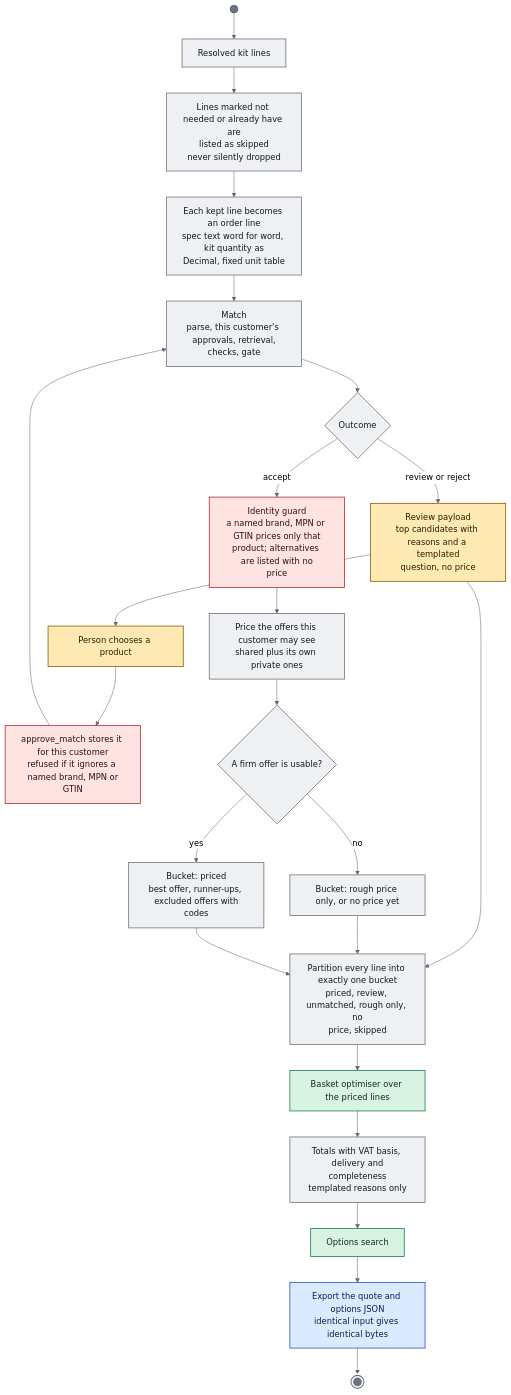
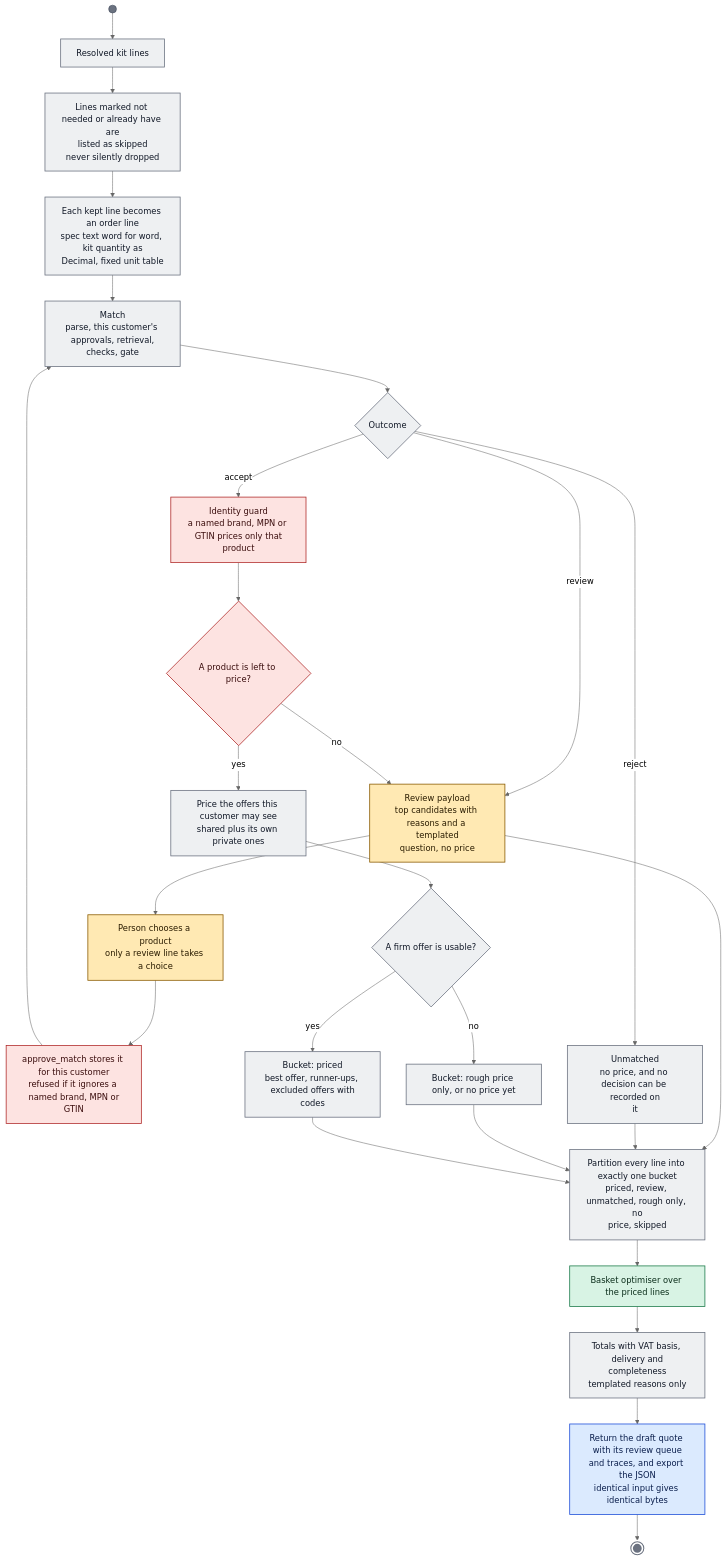
Diagram 22 of 33 in docs/architecture/activity-diagrams.md (emre-akarsu/ai-commerce-ideas), drawn with Mermaid (neutral theme) before and after one commit. The commit also changed other lines of this file, not shown here.

First line of the commit message:
docs: correct the activity diagrams after an independent fact-check of the remaining modules and optimizations

````diff
--- a/docs/architecture/activity-diagrams.md
+++ b/docs/architecture/activity-diagrams.md
@@ -811,33 +842,36 @@
 ```mermaid
 flowchart TB
 classDef human fill:#ffe9b3,stroke:#8a5a00,color:#2a1c00,stroke-width:1.5px
 classDef rule fill:#eef0f2,stroke:#6b7280,color:#111827,stroke-width:1.5px
 classDef ai fill:#e9e3ff,stroke:#5b3fc4,color:#1e1050,stroke-width:2.5px,stroke-dasharray:6 4
 classDef opt fill:#d8f3e4,stroke:#1b7a4a,color:#0b2e1b,stroke-width:1.5px
 classDef gate fill:#fde3e1,stroke:#b02b2b,color:#3a0d0d,stroke-width:1.5px
 classDef data fill:#dbeafe,stroke:#1d4ed8,color:#0b1f4d,stroke-width:1.5px
 classDef bar fill:#6b7280,stroke:#374151,color:#ffffff
 classDef fin fill:#6b7280,stroke:#ffffff,color:#ffffff,stroke-width:3px
 S((" ")):::bar --> q1["Resolved kit lines"]:::rule
 q1 --> q2["Lines marked not needed or already have are<br/>listed as skipped<br/>never silently dropped"]:::rule
 q2 --> q3["Each kept line becomes an order line<br/>spec text word for word, kit quantity as<br/>Decimal, fixed unit table"]:::rule
 q3 --> q4["Match<br/>parse, this customer's approvals, retrieval,<br/>checks, gate"]:::rule
 q4 --> d1{"Outcome"}:::rule
-d1 -->|"review or reject"| q5["Review payload<br/>top candidates with reasons and a templated<br/>question, no price"]:::human
-q5 --> q15["Person chooses a product"]:::human
+d1 -->|"review"| q5["Review payload<br/>top candidates with reasons and a templated<br/>question, no price"]:::human
+q5 --> q15["Person chooses a product<br/>only a review line takes a choice"]:::human
 q15 --> q16["approve_match stores it for this customer<br/>refused if it ignores a named brand, MPN or<br/>GTIN"]:::gate
 q16 --> q4
-d1 -->|"accept"| q6["Identity guard<br/>a named brand, MPN or GTIN prices only that<br/>product; alternatives are listed with no<br/>price"]:::gate
-q6 --> q7["Price the offers this customer may see<br/>shared plus its own private ones"]:::rule
+d1 -->|"reject"| q5b["Unmatched<br/>no price, and no decision can be recorded on<br/>it"]:::rule
+d1 -->|"accept"| q6["Identity guard<br/>a named brand, MPN or GTIN prices only that<br/>product"]:::gate
+q6 --> d3{"A product is left to price?"}:::gate
+d3 -->|"no"| q5
+d3 -->|"yes"| q7["Price the offers this customer may see<br/>shared plus its own private ones"]:::rule
 q7 --> d2{"A firm offer is usable?"}:::rule
 d2 -->|"no"| q8["Bucket: rough price only, or no price yet"]:::rule
 d2 -->|"yes"| q9["Bucket: priced<br/>best offer, runner-ups, excluded offers with<br/>codes"]:::rule
 q5 --> q10
+q5b --> q10
 q8 --> q10
 q9 --> q10["Partition every line into exactly one bucket<br/>priced, review, unmatched, rough only, no<br/>price, skipped"]:::rule
 q10 --> q11["Basket optimiser over the priced lines"]:::opt
 q11 --> q12["Totals with VAT basis, delivery and<br/>completeness<br/>templated reasons only"]:::rule
-q12 --> q13["Options search"]:::opt
-q13 --> q14["Export the quote and options JSON<br/>identical input gives identical bytes"]:::data
+q12 --> q14["Return the draft quote with its review queue<br/>and traces, and export the JSON<br/>identical input gives identical bytes"]:::data
 q14 --> E(((" "))):::fin
 ```
````
